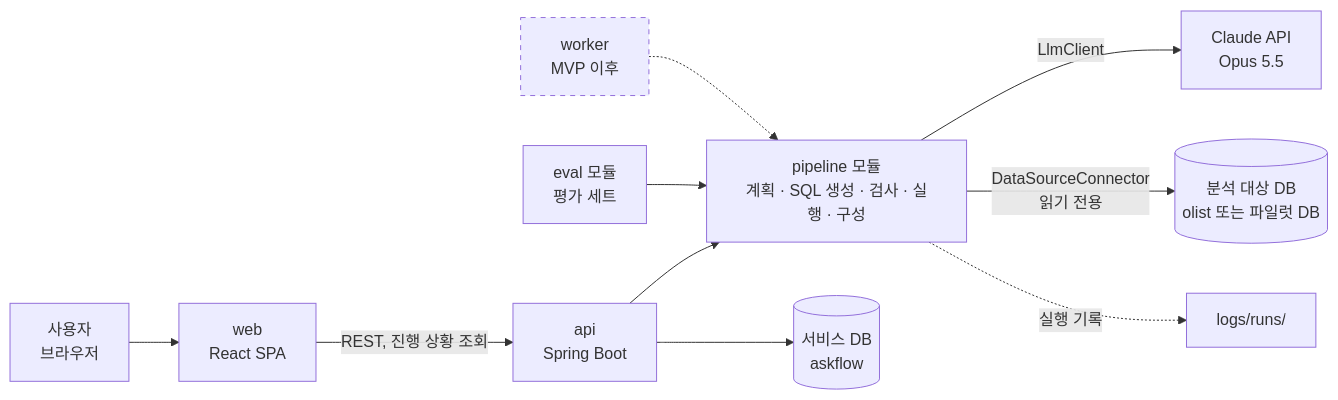
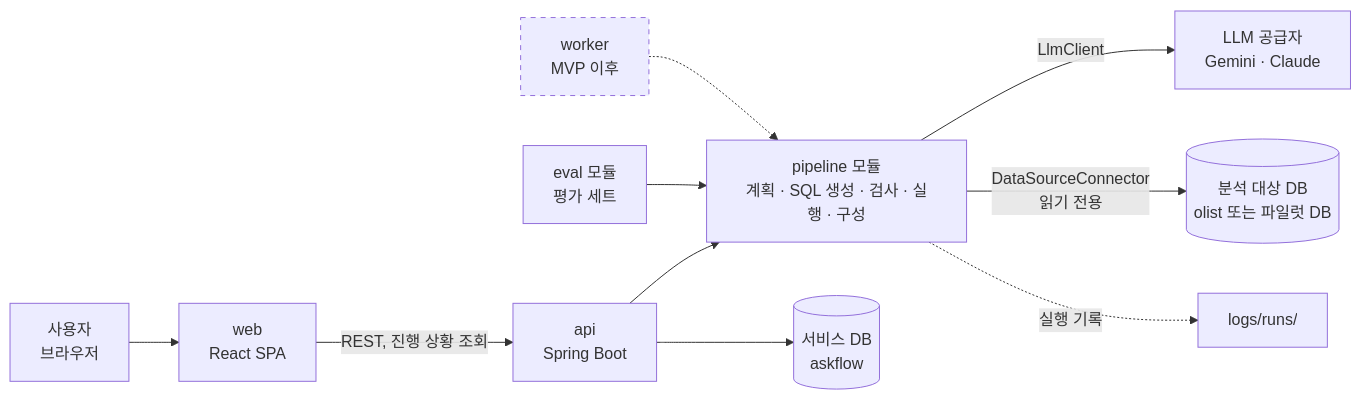
The first of 4 diagrams in docs/mvp/05-architecture.md (Vryez11/AskFlow), drawn with Mermaid before and after one commit. The commit also changed other lines of this file, not shown here.

First line of the commit message:
docs(architecture): LLM 공급자를 설정으로 바꾸고 서킷 브레이커로 자동 전환하게 한다

````diff
--- a/docs/mvp/05-architecture.md
+++ b/docs/mvp/05-architecture.md
@@ -21,14 +21,14 @@
 ```mermaid
 flowchart LR
     user["사용자<br/>브라우저"] --> web["web<br/>React SPA"]
     web -->|"REST, 진행 상황 조회"| api["api<br/>Spring Boot"]
     api --> pipeline["pipeline 모듈<br/>계획 · SQL 생성 · 검사 · 실행 · 구성"]
-    pipeline -->|"LlmClient"| claude["Claude API<br/>Opus 5.5"]
+    pipeline -->|"LlmClient"| llm["LLM 공급자<br/>Gemini · Claude"]
     pipeline -->|"DataSourceConnector<br/>읽기 전용"| target[("분석 대상 DB<br/>olist 또는 파일럿 DB")]
     api --> service[("서비스 DB<br/>askflow")]
     pipeline -.->|"실행 기록"| logs["logs/runs/"]
     eval["eval 모듈<br/>평가 세트"] --> pipeline
     worker["worker<br/>MVP 이후"]:::later -.-> pipeline
 
     classDef later stroke-dasharray: 5 5
 ```
````
